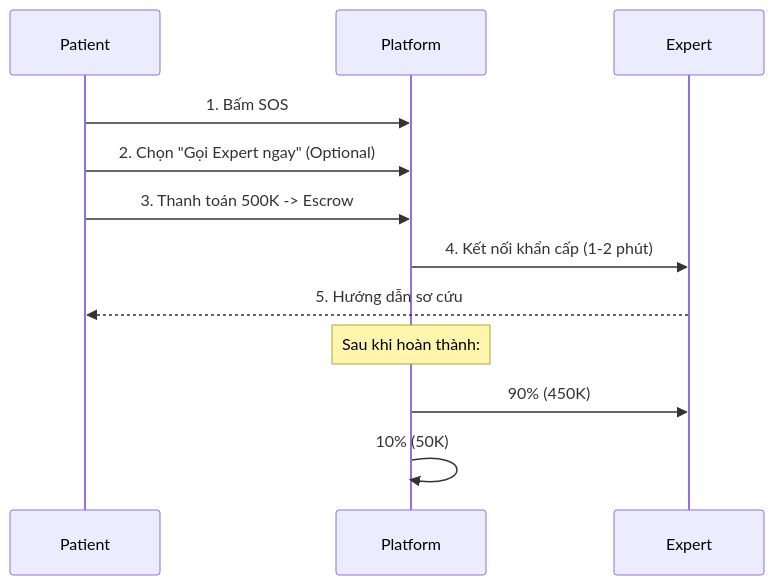
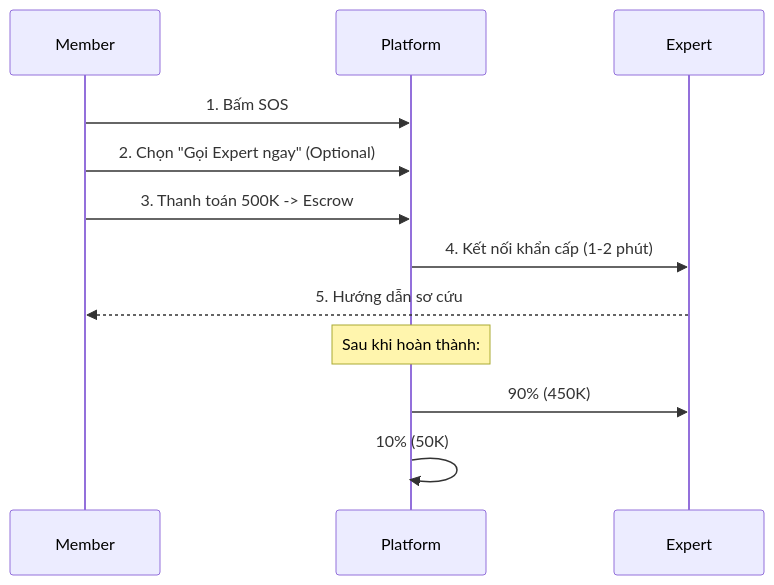
One commit to Snake-AID/SnakeAid.Docs changed the fourth of 4 diagrams in Docs/01-Functional-Specs/02-Financial-Model/02-Payment-Processes.md. Above: the diagram before and after it, drawn with Mermaid. The commit also changed other lines of this file and 5 other files, not shown here.

Commit message:
docs: Update financial model documentation to replace 'Patient' with 'Member' for consistency across payment processes and user roles

````diff
--- a/Docs/01-Functional-Specs/02-Financial-Model/02-Payment-Processes.md
+++ b/Docs/01-Functional-Specs/02-Financial-Model/02-Payment-Processes.md
@@ -170,16 +170,16 @@
 ```mermaid
 sequenceDiagram
-    participant Patient
+    participant Member
     participant Platform
     participant Expert
 
-    Patient->>Platform: 1. Bấm SOS
-    Patient->>Platform: 2. Chọn "Gọi Expert ngay" (Optional)
-    Patient->>Platform: 3. Thanh toán 500K -> Escrow
+    Member->>Platform: 1. Bấm SOS
+    Member->>Platform: 2. Chọn "Gọi Expert ngay" (Optional)
+    Member->>Platform: 3. Thanh toán 500K -> Escrow
     Platform->>Expert: 4. Kết nối khẩn cấp (1-2 phút)
-    Expert-->>Patient: 5. Hướng dẫn sơ cứu
+    Expert-->>Member: 5. Hướng dẫn sơ cứu
     
     Note over Platform: Sau khi hoàn thành:
     Platform->>Expert: 90% (450K)
     Platform->>Platform: 10% (50K)
 ```
````
